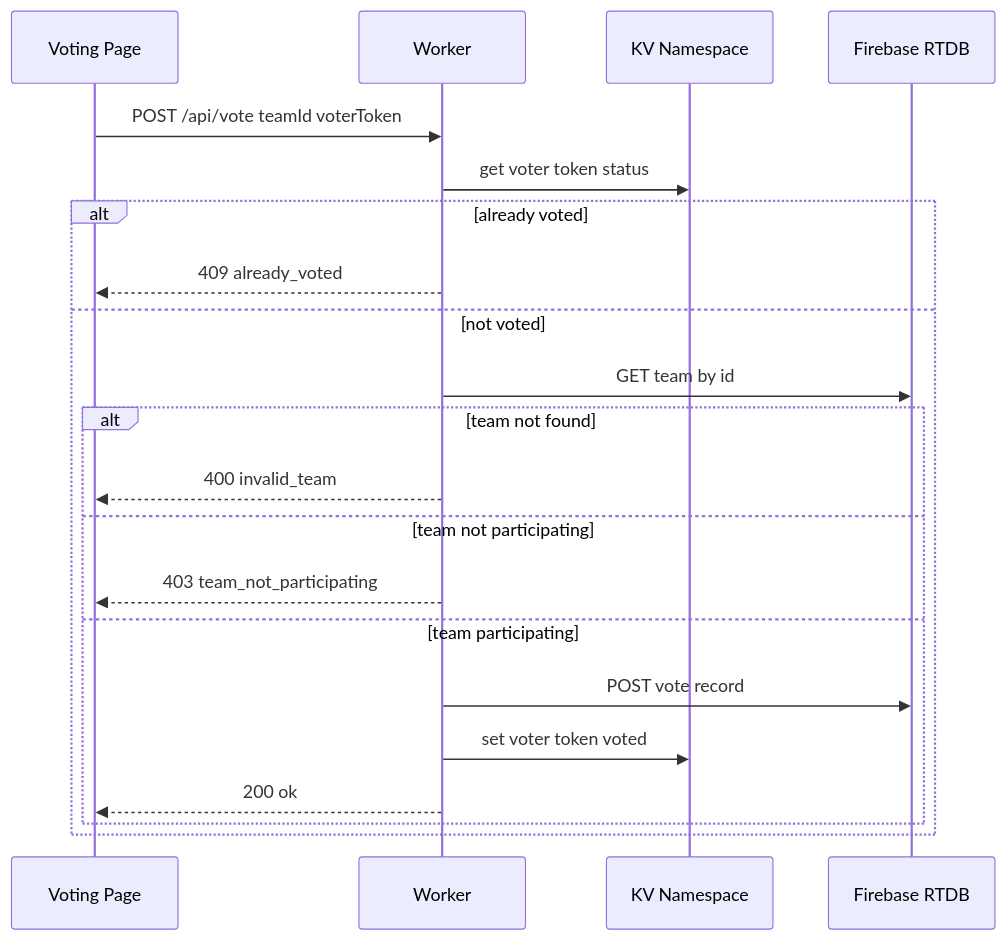
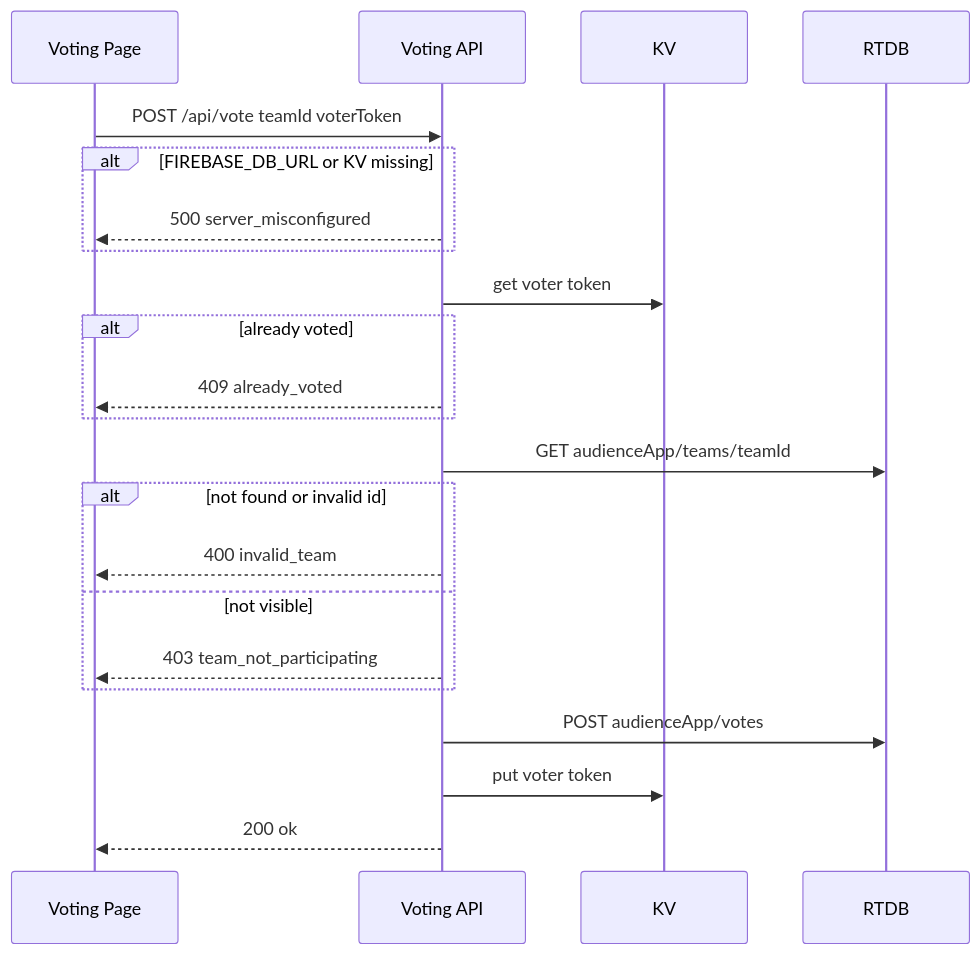
The second of 3 diagrams in .kiro/specs/audience-vote-participation-flag/design.md (ps-ryo-oshiro/audience-vote-app), drawn with Mermaid before and after one commit. The commit also changed other lines of this file and 4 other files, not shown here.

First line of the commit message:
docs(audience-vote-participation-flag): 要件・設計を改訂しresearch.mdを追加

````diff
--- a/.kiro/specs/audience-vote-participation-flag/design.md
+++ b/.kiro/specs/audience-vote-participation-flag/design.md
@@ -111,24 +144,24 @@
 ```mermaid
 sequenceDiagram
     participant V as Voting Page
-    participant W as Worker
-    participant KV as KV Namespace
-    participant DB as Firebase RTDB
-
+    participant W as Voting API
+    participant KV as KV
+    participant DB as RTDB
     V->>W: POST /api/vote teamId voterToken
-    W->>KV: get voter token status
+    alt FIREBASE_DB_URL or KV missing
+        W-->>V: 500 server_misconfigured
+    end
+    W->>KV: get voter token
     alt already voted
         W-->>V: 409 already_voted
-    else not voted
-        W->>DB: GET team by id
-        alt team not found
-            W-->>V: 400 invalid_team
-        else team not participating
-            W-->>V: 403 team_not_participating
-        else team participating
-            W->>DB: POST vote record
-            W->>KV: set voter token voted
-            W-->>V: 200 ok
-        end
     end
+    W->>DB: GET audienceApp/teams/teamId
+    alt not found or invalid id
+        W-->>V: 400 invalid_team
+    else not visible
+        W-->>V: 403 team_not_participating
+    end
+    W->>DB: POST audienceApp/votes
+    W->>KV: put voter token
+    W-->>V: 200 ok
 ```
````
